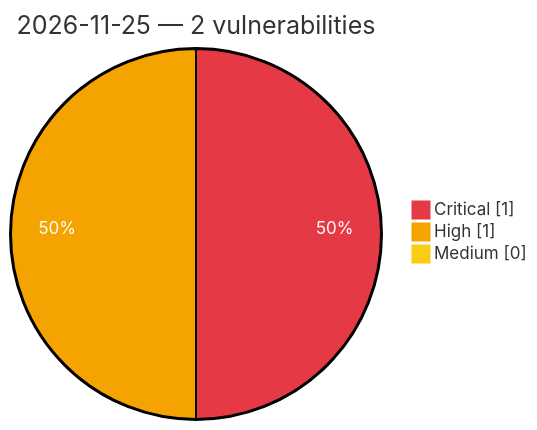
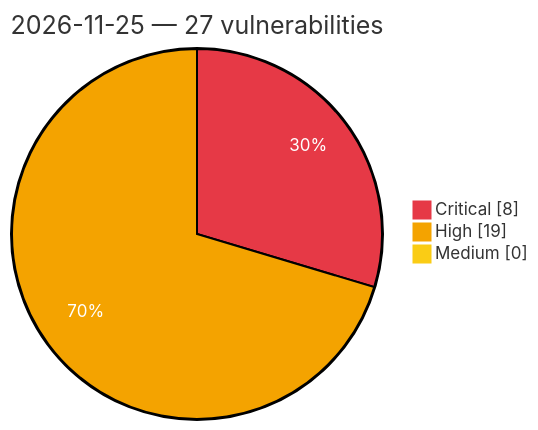
Before and after one commit to GhostX0X/vuln-tracker: the diagram in vulnerabilities/2026/November/2026-11-25.md, drawn with Mermaid. The commit also changed other lines of this file and 5 other files, not shown here.

Commit message:
Auto update: critical/high vulns (2026-11-25 11:45 UTC)

````diff
--- a/vulnerabilities/2026/November/2026-11-25.md
+++ b/vulnerabilities/2026/November/2026-11-25.md
@@ -3,8 +3,8 @@
 ```mermaid
 %%{init: {'theme':'base', 'themeVariables': {'pie1':'#e63946', 'pie2':'#f4a300', 'pie3':'#facc15', 'pieOpacity':'1', 'pieOuterStrokeWidth':'2px', 'pieSectionTextColor':'#ffffff'}}}%%
 pie showData
-    title 2026-11-25 — 2 vulnerabilities
-    "Critical" : 1
-    "High" : 1
+    title 2026-11-25 — 27 vulnerabilities
+    "Critical" : 8
+    "High" : 19
     "Medium" : 0
 ```
````
